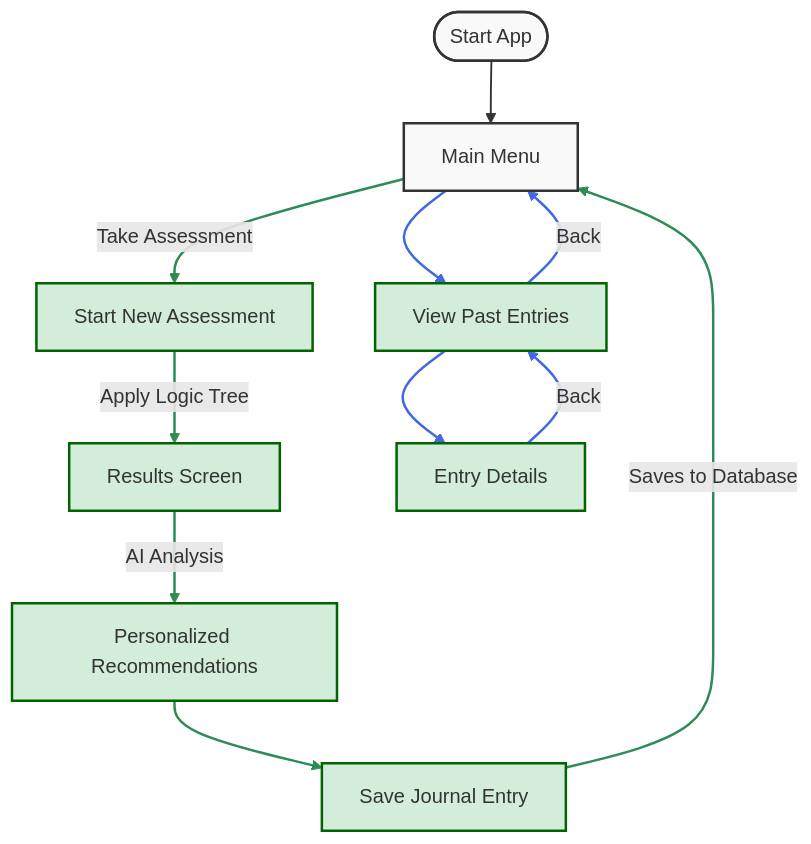
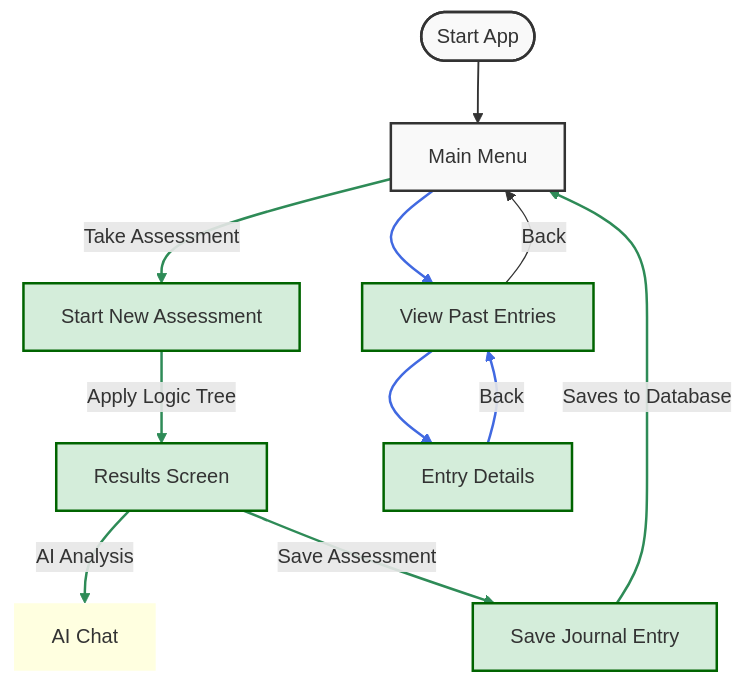
One commit to lmcrean/dottie changed the diagram in UserJourney.md. Above: the diagram before and after it, drawn with Mermaid. The commit also changed other lines of this file, not shown here.

First line of the commit message:
docs: update UserJourney.md to reflect changes in assessment flow

````diff
--- a/UserJourney.md
+++ b/UserJourney.md
@@ -7,45 +7,46 @@
 ```mermaid
 graph TD
     Start([Start App]) --> MainMenu[Main Menu]
     
     %% Path 1: Take Assessment - Green
     MainMenu -->|Take Assessment| StartAssessment[Start New Assessment]
     StartAssessment -->|Apply Logic Tree| Results[Results Screen]
-    Results -->|AI Analysis| Recommendations[Personalized Recommendations]
-    Recommendations --> JournalEntry[Save Journal Entry]
+    Results -->|AI Analysis| AI_CHAT[AI Chat]
+    Results -->|Save Assessment| JournalEntry[Save Journal Entry]
     JournalEntry -->|Saves to Database| MainMenu
     
     %% Path 2: View Past Entries - Blue
     MainMenu --> ViewEntries[View Past Entries]
     ViewEntries --> EntryDetails[Entry Details]
     EntryDetails -->|Back| ViewEntries
     ViewEntries -->|Back| MainMenu
     
     %% Styling
     classDef menu fill:#f9f9f9,stroke:#333,stroke-width:2px
     classDef action fill:#d4edda,stroke:#006400,stroke-width:2px
     classDef results fill:#fff3cd,stroke:#8B4513,stroke-width:2px
+    classDef aiChat fill:lightyellow,stroke:none
     
     %% Node styling
     class Start menu
     class MainMenu menu
-    class StartAssessment,JournalEntry,Results,Recommendations action
+    class StartAssessment,JournalEntry,Results action
     class ViewEntries,EntryDetails action
+    class AI_CHAT aiChat
     
     %% Link styling - use a simpler approach with fewer link styles
     %% Main connection
     linkStyle 0 stroke:#333,stroke-width:1.5px
     
     %% All assessment path links (green)
     linkStyle 1 stroke:#2E8B57,stroke-width:2px
     linkStyle 2 stroke:#2E8B57,stroke-width:2px
     linkStyle 3 stroke:#2E8B57,stroke-width:2px
     linkStyle 4 stroke:#2E8B57,stroke-width:2px
     linkStyle 5 stroke:#2E8B57,stroke-width:2px
     
     %% All view entries path links (blue)
     linkStyle 6 stroke:#4169E1,stroke-width:2px
     linkStyle 7 stroke:#4169E1,stroke-width:2px
     linkStyle 8 stroke:#4169E1,stroke-width:2px
-    linkStyle 9 stroke:#4169E1,stroke-width:2px
 ```
````
